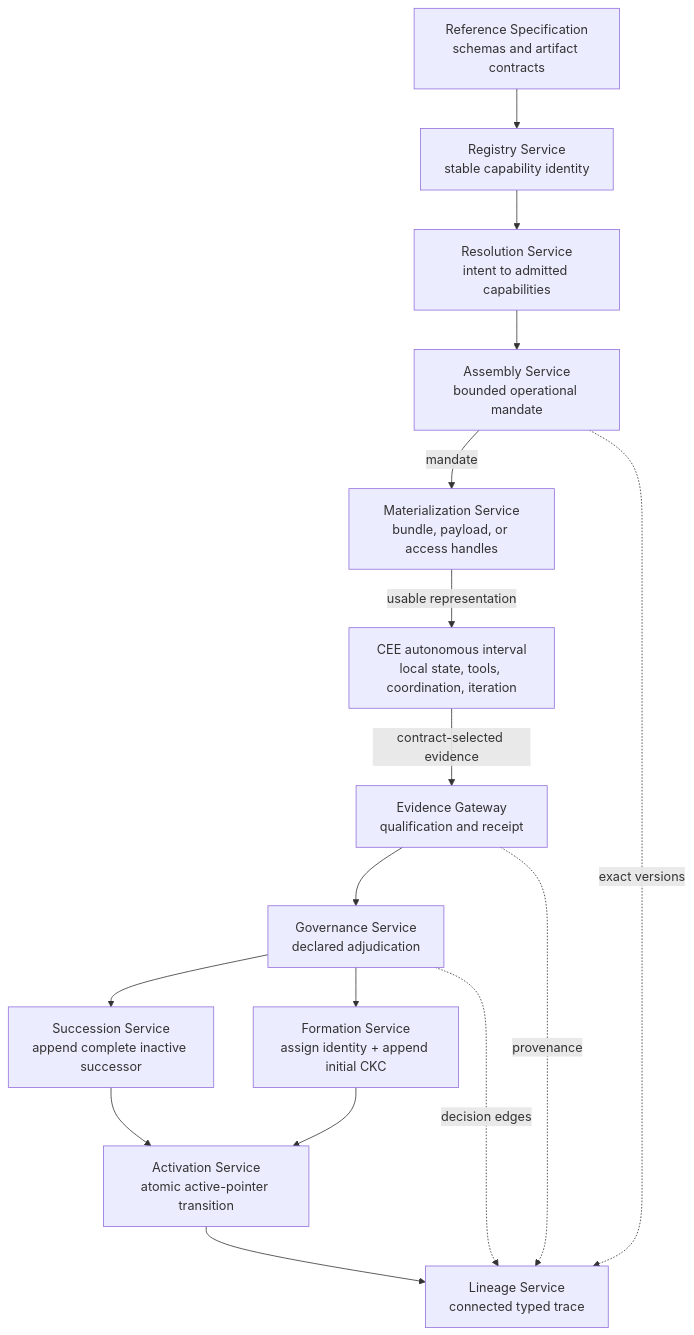
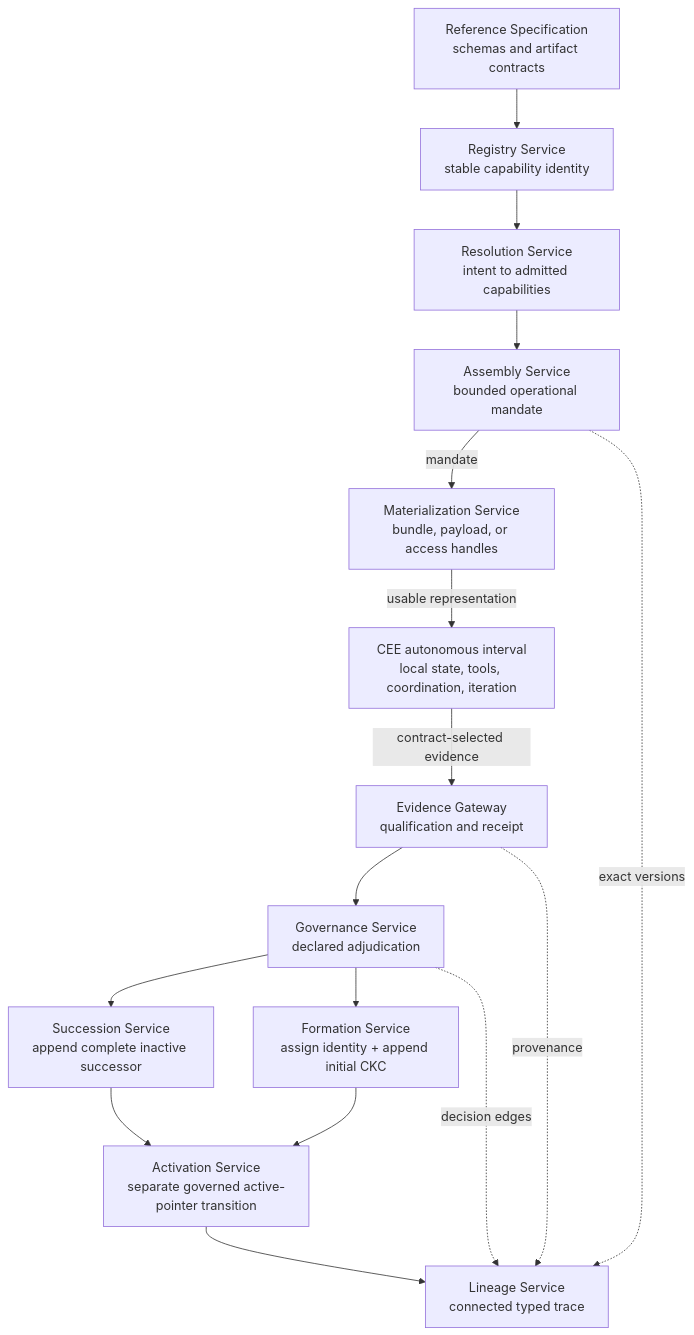
The diagram in papers/institutional-capability-lineages/reference-implementation/ARCHITECTURE.md (mgarralda/knowledge-centric-ai), drawn with Mermaid before and after one commit. The commit also changed other lines of this file and 36 other files, not shown here.

````diff
--- a/papers/institutional-capability-lineages/reference-implementation/ARCHITECTURE.md
+++ b/papers/institutional-capability-lineages/reference-implementation/ARCHITECTURE.md
@@ -18,32 +18,32 @@
 ```mermaid
 flowchart TD
     SPEC["Reference Specification<br/>schemas and artifact contracts"]
     REG["Registry Service<br/>stable capability identity"]
     RES["Resolution Service<br/>intent to admitted capabilities"]
     ASM["Assembly Service<br/>bounded operational mandate"]
     MAT["Materialization Service<br/>bundle, payload, or access handles"]
     CEE["CEE autonomous interval<br/>local state, tools, coordination, iteration"]
     EVD["Evidence Gateway<br/>qualification and receipt"]
     GOV["Governance Service<br/>declared adjudication"]
     SUC["Succession Service<br/>append complete inactive successor"]
     FORM["Formation Service<br/>assign identity + append initial CKC"]
-    ACT["Activation Service<br/>atomic active-pointer transition"]
+    ACT["Activation Service<br/>separate governed active-pointer transition"]
     LIN["Lineage Service<br/>connected typed trace"]
 
     SPEC --> REG
     REG --> RES
     RES --> ASM
     ASM -->|"mandate"| MAT
     MAT -->|"usable representation"| CEE
     CEE -->|"contract-selected evidence"| EVD
     EVD --> GOV
     GOV --> SUC
     SUC --> ACT
     GOV --> FORM
     FORM --> ACT
     ACT --> LIN
 
     ASM -. "exact versions" .-> LIN
     EVD -. "provenance" .-> LIN
     GOV -. "decision edges" .-> LIN
 ```
````
